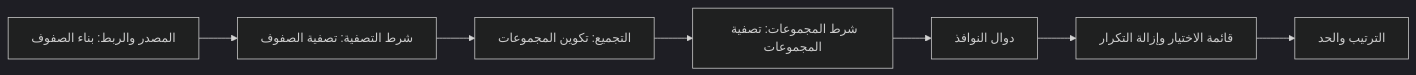
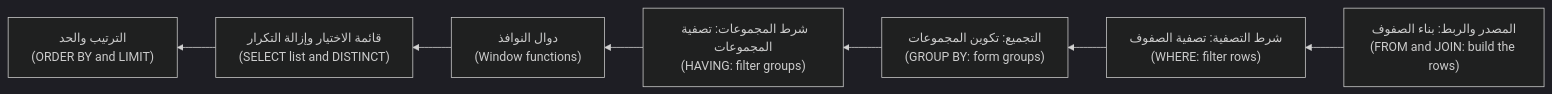
The first of 3 diagrams in data/modules/01-sql-modelling.ar.md (Tamoura/system-design-for-vibe-coders), drawn with Mermaid (dark theme) before and after one commit. The commit also changed other lines of this file and 20 other files, not shown here.

First line of the commit message:
New courses: Arabic diagrams read right-to-left with English labels (modules 0–6)

````diff
--- a/data/modules/01-sql-modelling.ar.md
+++ b/data/modules/01-sql-modelling.ar.md
@@ -51,9 +51,9 @@
 ```mermaid
-flowchart LR
-    A["المصدر والربط: بناء الصفوف"] --> B["شرط التصفية: تصفية الصفوف"]
-    B --> C["التجميع: تكوين المجموعات"]
-    C --> D["شرط المجموعات: تصفية المجموعات"]
-    D --> E["دوال النوافذ"]
-    E --> F["قائمة الاختيار وإزالة التكرار"]
-    F --> G["الترتيب والحد"]
+flowchart RL
+    A["المصدر والربط: بناء الصفوف<br/>(FROM and JOIN: build the rows)"] --> B["شرط التصفية: تصفية الصفوف<br/>(WHERE: filter rows)"]
+    B --> C["التجميع: تكوين المجموعات<br/>(GROUP BY: form groups)"]
+    C --> D["شرط المجموعات: تصفية المجموعات<br/>(HAVING: filter groups)"]
+    D --> E["دوال النوافذ<br/>(Window functions)"]
+    E --> F["قائمة الاختيار وإزالة التكرار<br/>(SELECT list and DISTINCT)"]
+    F --> G["الترتيب والحد<br/>(ORDER BY and LIMIT)"]
 ```
````
